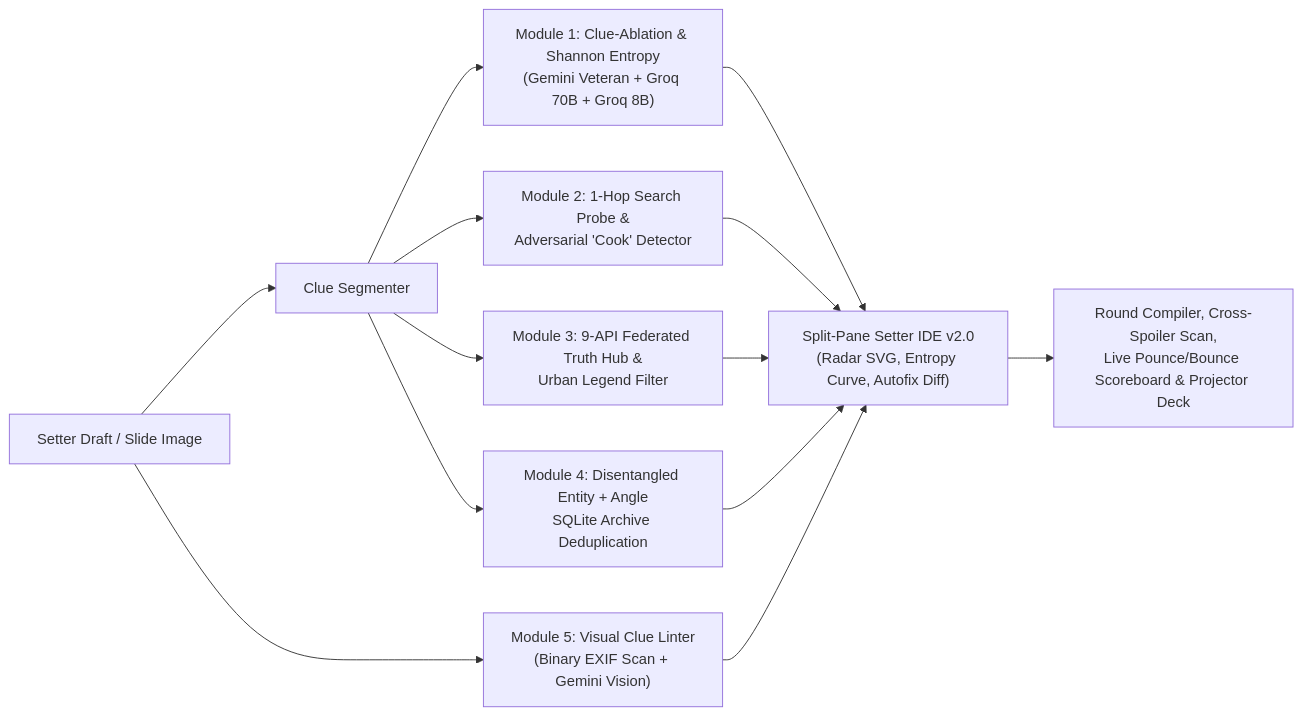
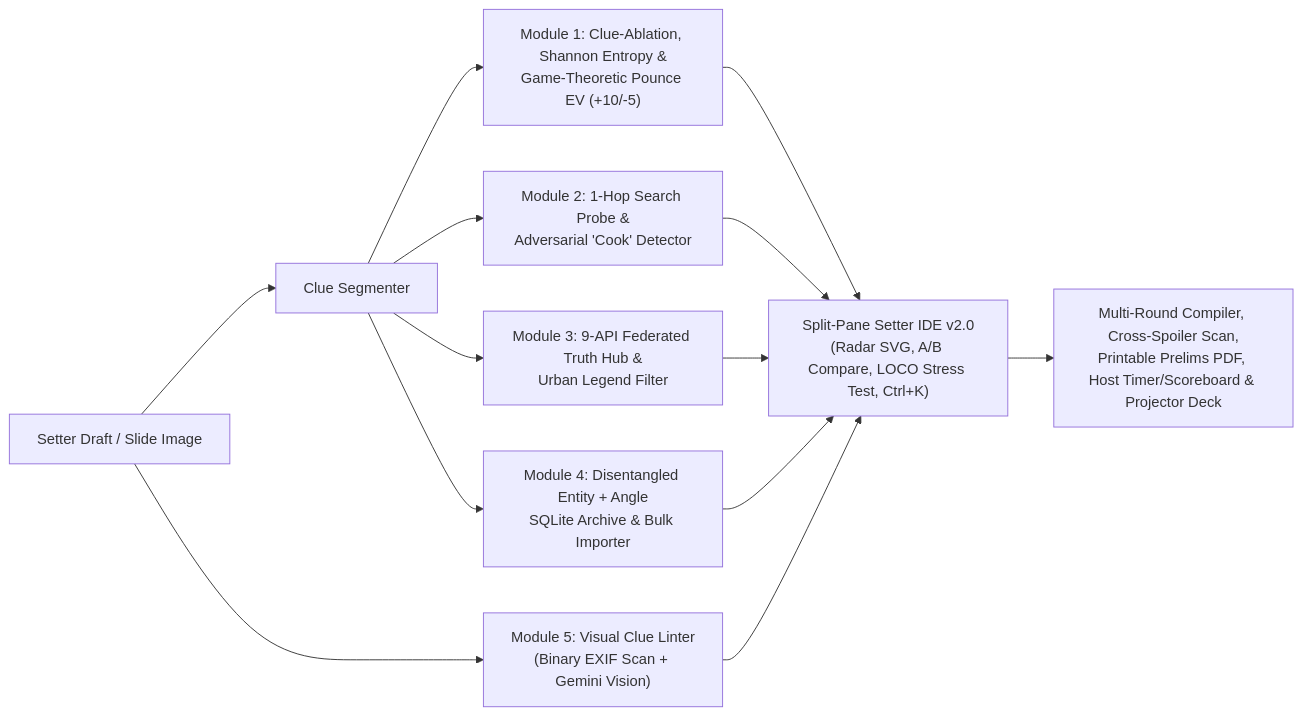
Before and after one commit to JosephJonathanFernandes/qlint-quizmaster-ide: the diagram in README.md, drawn with Mermaid. The commit also changed other lines of this file and 1 other file, not shown here.

Commit message:
feat(host): add Web Audio 30s/15s stage countdown buzzer timer and update v2.0 README

````diff
--- a/README.md
+++ b/README.md
@@ -12,11 +12,11 @@
 ```mermaid
 flowchart LR
     Draft["Setter Draft / Slide Image"] --> Seg["Clue Segmenter"]
-    Seg --> M1["Module 1: Clue-Ablation & Shannon Entropy\n(Gemini Veteran + Groq 70B + Groq 8B)"]
+    Seg --> M1["Module 1: Clue-Ablation, Shannon Entropy &\nGame-Theoretic Pounce EV (+10/-5)"]
     Seg --> M2["Module 2: 1-Hop Search Probe &\nAdversarial 'Cook' Detector"]
     Seg --> M3["Module 3: 9-API Federated Truth Hub &\nUrban Legend Filter"]
-    Seg --> M4["Module 4: Disentangled Entity + Angle\nSQLite Archive Deduplication"]
+    Seg --> M4["Module 4: Disentangled Entity + Angle\nSQLite Archive & Bulk Importer"]
     Draft --> M5["Module 5: Visual Clue Linter\n(Binary EXIF Scan + Gemini Vision)"]
-    M1 & M2 & M3 & M4 & M5 --> IDE["Split-Pane Setter IDE v2.0\n(Radar SVG, Entropy Curve, Autofix Diff)"]
-    IDE --> Round["Round Compiler, Cross-Spoiler Scan,\nLive Pounce/Bounce Scoreboard & Projector Deck"]
+    M1 & M2 & M3 & M4 & M5 --> IDE["Split-Pane Setter IDE v2.0\n(Radar SVG, A/B Compare, LOCO Stress Test, Ctrl+K)"]
+    IDE --> Round["Multi-Round Compiler, Cross-Spoiler Scan,\nPrintable Prelims PDF, Host Timer/Scoreboard & Projector Deck"]
 ```
````
